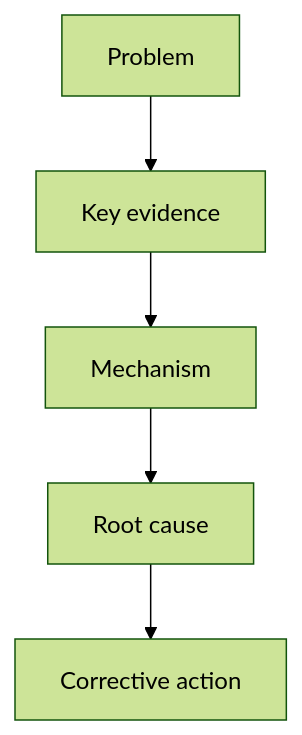
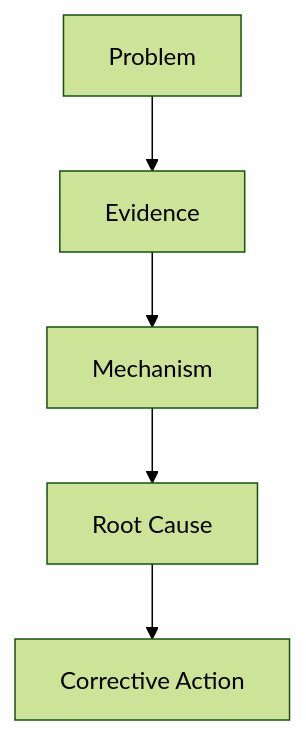
The diagram in prompts/yaoyao_like_to_talk_8d_prompt.md (hezilu850912/yaoyaolikestotalk), drawn with Mermaid (forest theme) before and after one commit. The commit also changed other lines of this file and 1 other file, not shown here.

````diff
--- a/prompts/yaoyao_like_to_talk_8d_prompt.md
+++ b/prompts/yaoyao_like_to_talk_8d_prompt.md
@@ -321,7 +163,7 @@
 ```mermaid
 flowchart TD
-    A["Problem"] --> B["Key evidence"]
+    A["Problem"] --> B["Evidence"]
     B --> C["Mechanism"]
-    C --> D["Root cause"]
-    D --> E["Corrective action"]
+    C --> D["Root Cause"]
+    D --> E["Corrective Action"]
 ```
````
